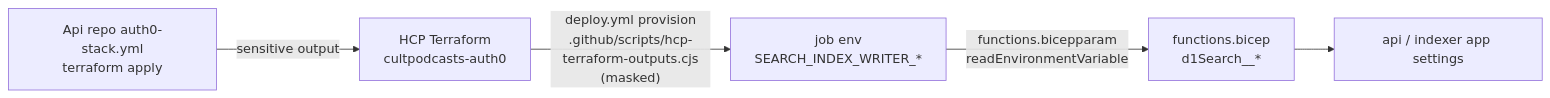
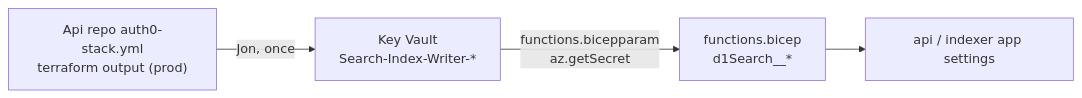
Before and after one commit to cultpodcasts/RedditPodcastPoster: the diagram in docs/search-platform/sync-and-replication.md, drawn with Mermaid. The commit also changed other lines of this file and 5 other files, not shown here.

Commit message:
SP-2.5 #1460: writer client id/secret from Key Vault via az.getSecret (Jon); drop the HCP outputs route

````diff
--- a/docs/search-platform/sync-and-replication.md
+++ b/docs/search-platform/sync-and-replication.md
@@ -41,7 +41,6 @@
 ```mermaid
 flowchart LR
-  TF["Api repo auth0-stack.yml<br/>terraform apply"] -->|sensitive output| HCP["HCP Terraform<br/>cultpodcasts-auth0"]
-  HCP -->|"deploy.yml provision<br/>.github/scripts/hcp-terraform-outputs.cjs<br/>(masked)"| ENV["job env<br/>SEARCH_INDEX_WRITER_*"]
-  ENV -->|"functions.bicepparam<br/>readEnvironmentVariable"| BICEP["functions.bicep<br/>d1Search__*"]
+  TF["Api repo auth0-stack.yml<br/>terraform output (prod)"] -->|"Jon, once"| KV["Key Vault<br/>Search-Index-Writer-*"]
+  KV -->|"functions.bicepparam<br/>az.getSecret"| BICEP["functions.bicep<br/>d1Search__*"]
   BICEP --> FN["api / indexer app settings"]
 ```
````
